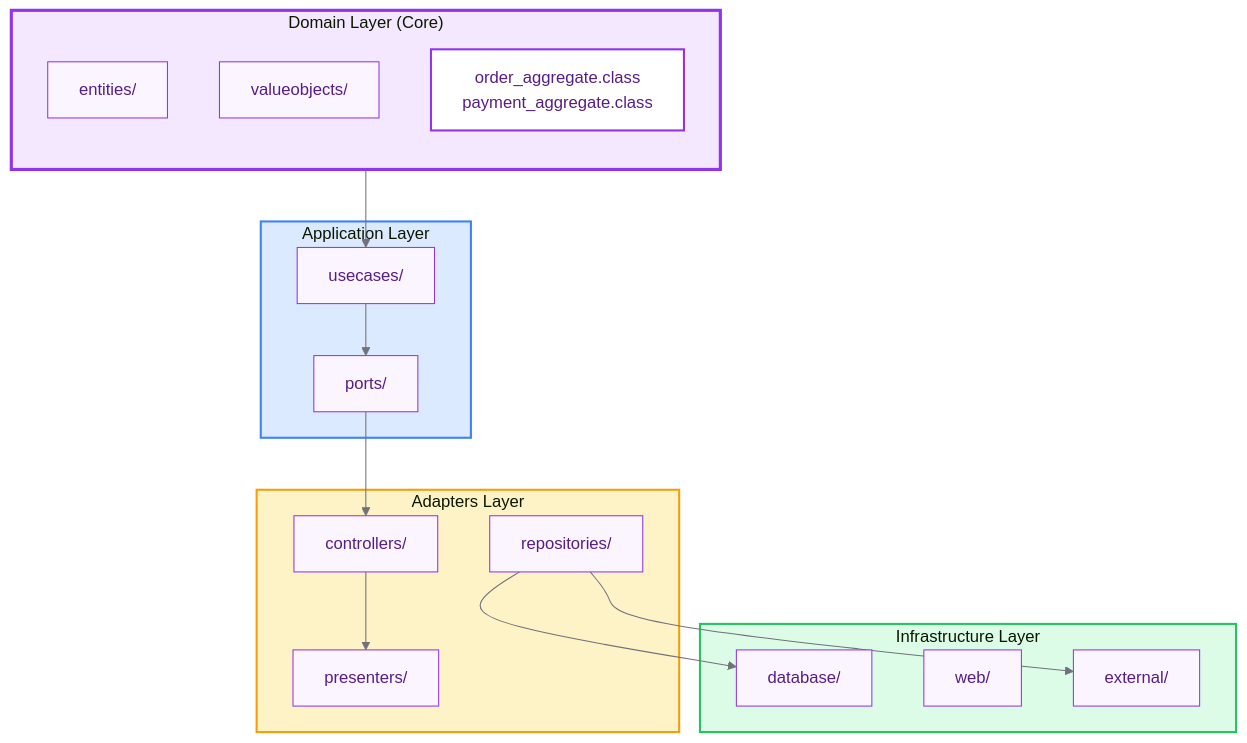
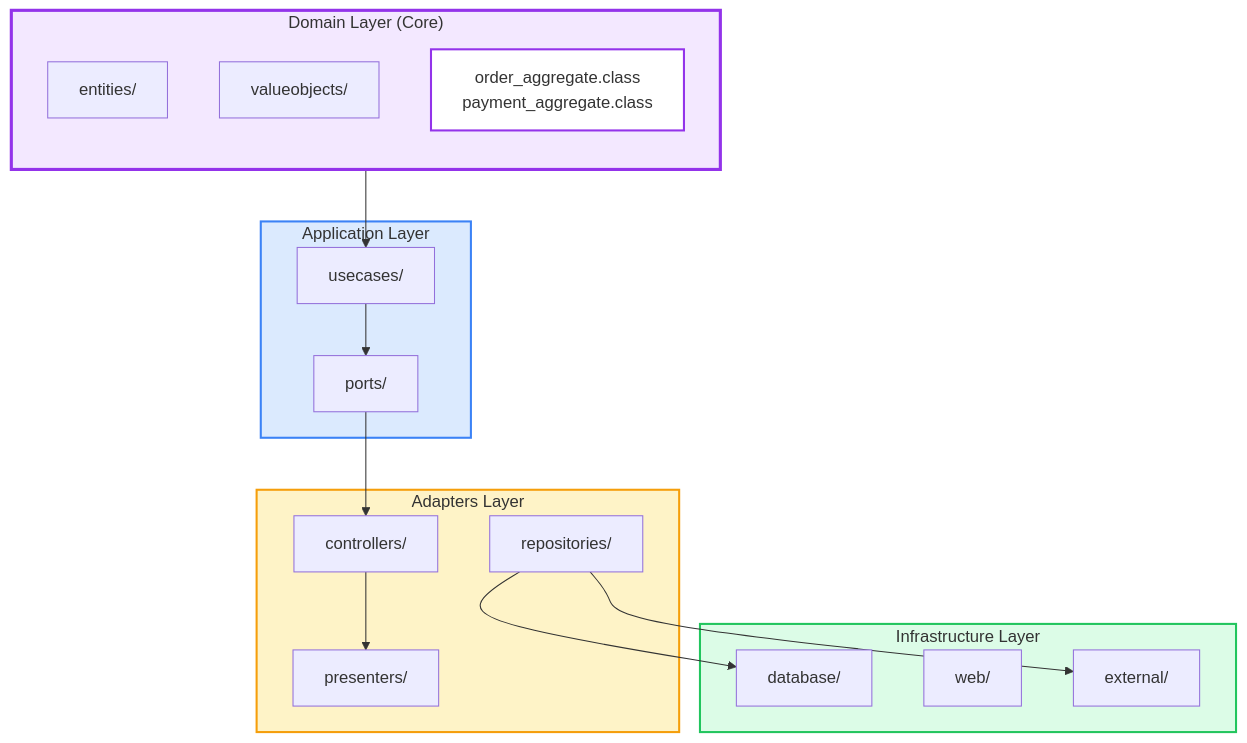
One commit to jirayusueb/memo-vault changed the third of 4 diagrams in 00-INBOX/practical-ddd-tactical-design.md. Above: the diagram before and after it, drawn with Mermaid. The commit also changed other lines of this file and 2 other files, not shown here.

Commit message:
Remove: Mermaid theme init blocks

````diff
--- a/00-INBOX/practical-ddd-tactical-design.md
+++ b/00-INBOX/practical-ddd-tactical-design.md
@@ -107,51 +85,40 @@
 ```mermaid
-%%{init: {
-  'theme': 'base',
-  'themeVariables': {
-    'primaryColor': '#faf5ff',
-    'primaryTextColor': '#581c87',
-    'primaryBorderColor': '#9333ea',
-    'lineColor': '#71717a',
-    'secondaryColor': '#fff7ed',
-    'tertiaryColor': '#f3e8ff',
-    'background': '#ffffff'
-  }
-}}%%
+
 graph TD
     subgraph DOMAIN["Domain Layer (Core)"]
         direction TB
         Entities[entities/]
         VOs[valueobjects/]
         Aggregates[order_aggregate.class<br/>payment_aggregate.class]
     end
 
     subgraph APP["Application Layer"]
         UC[usecases/]
         Ports[ports/]
     end
 
     subgraph ADAPTERS["Adapters Layer"]
         Controllers[controllers/]
         Presenters[presenters/]
         Repositories[repositories/]
     end
 
     subgraph INFRA["Infrastructure Layer"]
         DB[database/]
         Web[web/]
         Ext[external/]
     end
 
     Aggregates --> UC
     UC --> Ports
     Ports --> Controllers
     Controllers --> Presenters
     Repositories --> DB
     Repositories --> Ext
 
     style DOMAIN fill:#f3e8ff,stroke:#9333ea,stroke-width:3px
     style APP fill:#dbeafe,stroke:#3b82f6,stroke-width:2px
     style ADAPTERS fill:#fef3c7,stroke:#f59e0b,stroke-width:2px
     style INFRA fill:#dcfce7,stroke:#22c55e,stroke-width:2px
     style Aggregates fill:#ffffff,stroke:#9333ea,stroke-width:2px
 ```
````
